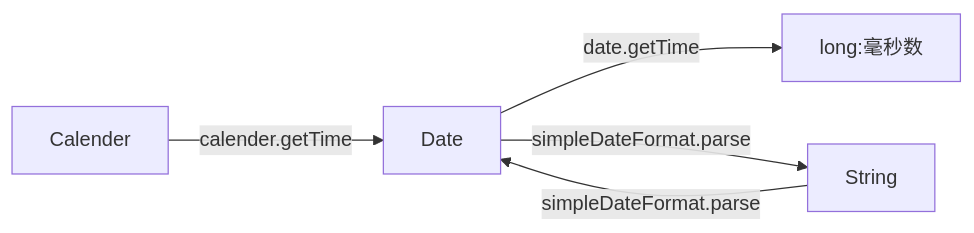
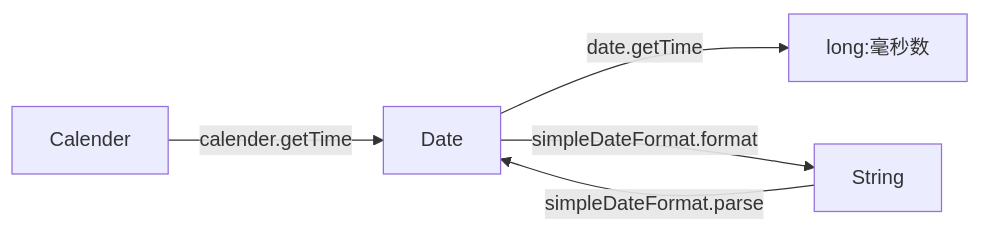
The diagram in Java基础/C常用类和基础API.md (RonLee33/obsidian_note), drawn with Mermaid before and after one commit. The commit also changed other lines of this file, not shown here.

````diff
--- a/Java基础/C常用类和基础API.md
+++ b/Java基础/C常用类和基础API.md
@@ -480,8 +480,8 @@
 ```mermaid
 flowchart LR
     Calender -->|calender.getTime| Date
 
     Date -->|date.getTime| long:毫秒数
 
-    Date -->|simpleDateFormat.parse| String -->|simpleDateFormat.parse| Date
+    Date -->|simpleDateFormat.format| String -->|simpleDateFormat.parse| Date
 ```
````
